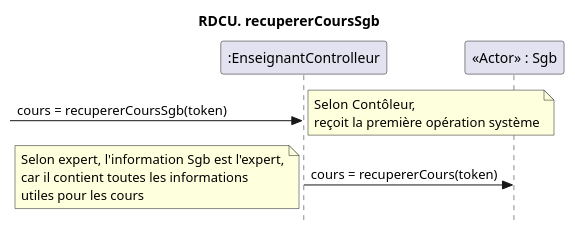
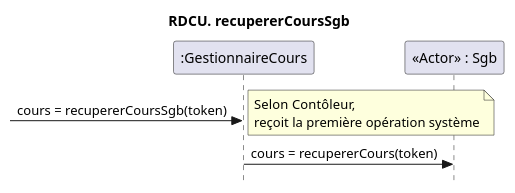
Before and after one commit to nerdz88/SGA-TS: the diagram in docs/Ajouter cours/RDCU_recupererCoursSgb.puml, drawn with PlantUML. The commit also changed 13 other files, not shown here.

Commit message:
Diagrammes + codes + tests complété pour cours

```diff
--- a/docs/Ajouter cours/RDCU_recupererCoursSgb.puml
+++ b/docs/Ajouter cours/RDCU_recupererCoursSgb.puml
@@ -1,12 +1,11 @@
 @startuml recupererCoursSgb
 skinparam style strictuml
 skinparam defaultfontname Verdana
 title RDCU. recupererCoursSgb
-participant ":EnseignantControlleur" as sga
+participant ":GestionnaireCours" as sga
 participant "<<Actor>> : Sgb" as sgb
 
 ->sga : cours = recupererCoursSgb(token)
 note left : Selon Contôleur,\nreçoit la première opération système
 sga->sgb: cours = recupererCours(token)
-note left : Selon expert, l'information Sgb est l'expert,\ncar il contient toutes les informations\nutiles pour les cours
 @enduml
```
